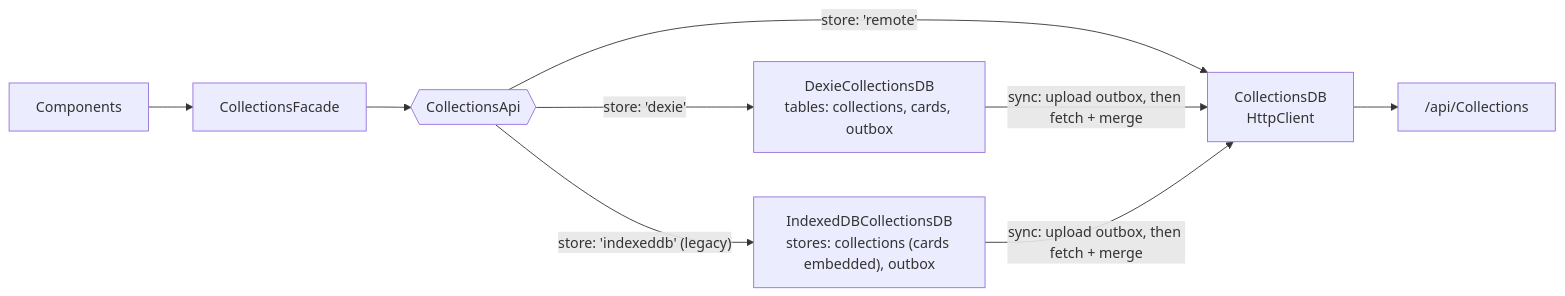
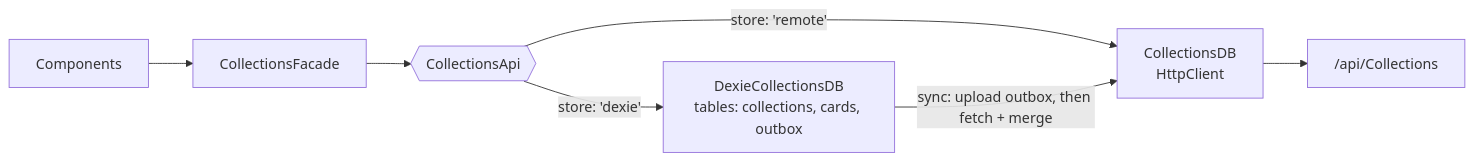
The third of 3 diagrams in SaveApp-UI/README.md (Assaviv/CollectionsProject), drawn with Mermaid before and after one commit. The commit also changed other lines of this file and 10 other files, not shown here.

Commit message:
refactor(data-access): remove legacy IndexedDB store and update documentation for Dexie integration

````diff
--- a/SaveApp-UI/README.md
+++ b/SaveApp-UI/README.md
@@ -95,11 +95,9 @@
 ```mermaid
 flowchart LR
     C[Components] --> F[CollectionsFacade]
     F --> API{{"CollectionsApi"}}
     API -->|"store: 'dexie'"| DX["DexieCollectionsDB<br/>tables: collections, cards, outbox"]
-    API -->|"store: 'indexeddb' (legacy)"| IDB["IndexedDBCollectionsDB<br/>stores: collections (cards embedded), outbox"]
     API -->|"store: 'remote'"| REM
     DX -->|"sync: upload outbox, then fetch + merge"| REM["CollectionsDB<br/>HttpClient"]
-    IDB -->|"sync: upload outbox, then fetch + merge"| REM
     REM --> GW["/api/Collections"]
 ```
````
